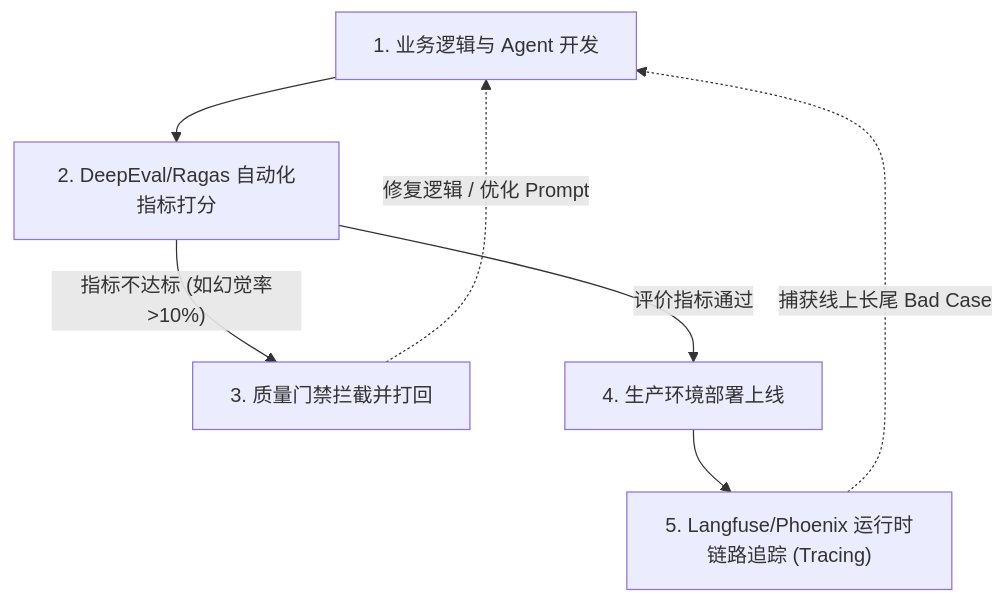
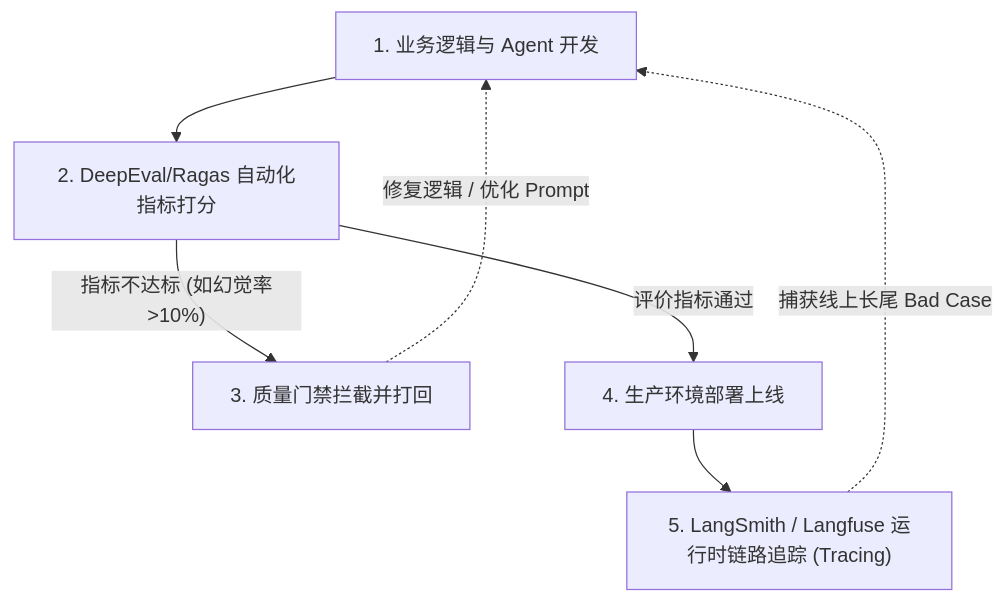
Before and after one commit to wangchong2023/lang-chain-graph: diagram 23 of 33 in doc/AI_Knowledge_Roadmap.md, drawn with Mermaid. The commit also changed other lines of this file, not shown here.

Commit message:
docs: update AI knowledge roadmap with new learning resources and milestones

````diff
--- a/doc/AI_Knowledge_Roadmap.md
+++ b/doc/AI_Knowledge_Roadmap.md
@@ -586,9 +1029,9 @@
 ```mermaid
 graph TD
     Dev["1. 业务逻辑与 Agent 开发"] --> Test["2. DeepEval/Ragas 自动化指标打分"]
     Test -- "指标不达标 (如幻觉率>10%)" --> Reject["3. 质量门禁拦截并打回"]
     Reject -. "修复逻辑 / 优化 Prompt" .-> Dev
     Test -- "评价指标通过" --> Deploy["4. 生产环境部署上线"]
-    Deploy --> Monitor["5. Langfuse/Phoenix 运行时链路追踪 (Tracing)"]
+    Deploy --> Monitor["5. LangSmith / Langfuse 运行时链路追踪 (Tracing)"]
     Monitor -. "捕获线上长尾 Bad Case" .-> Dev
 ```
````
